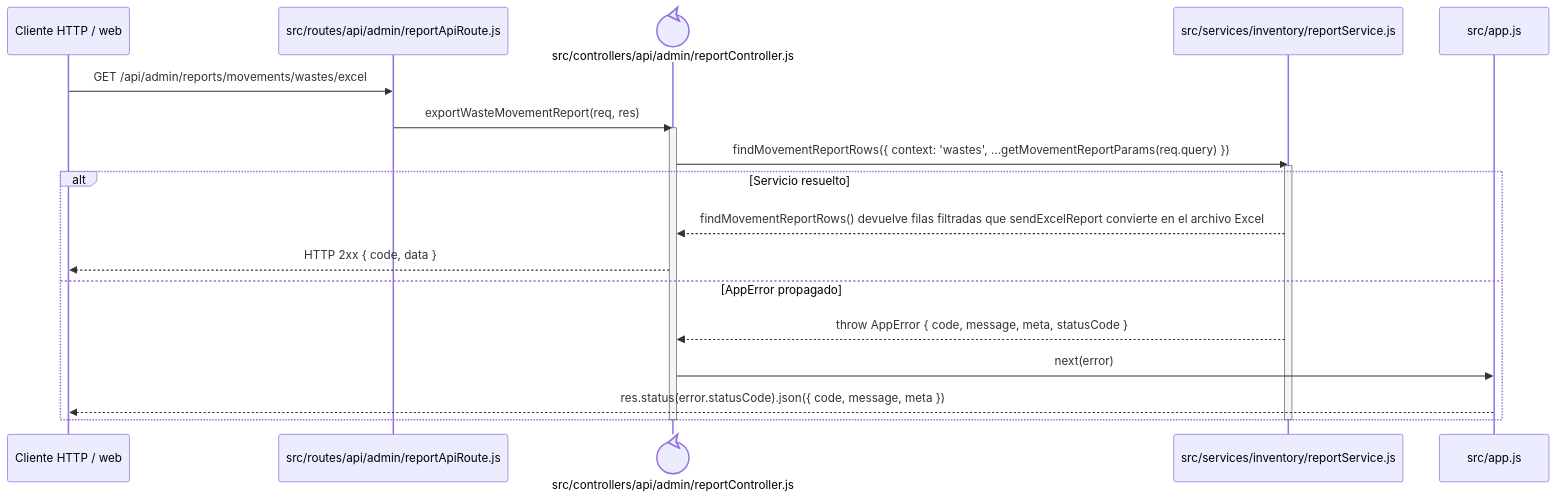
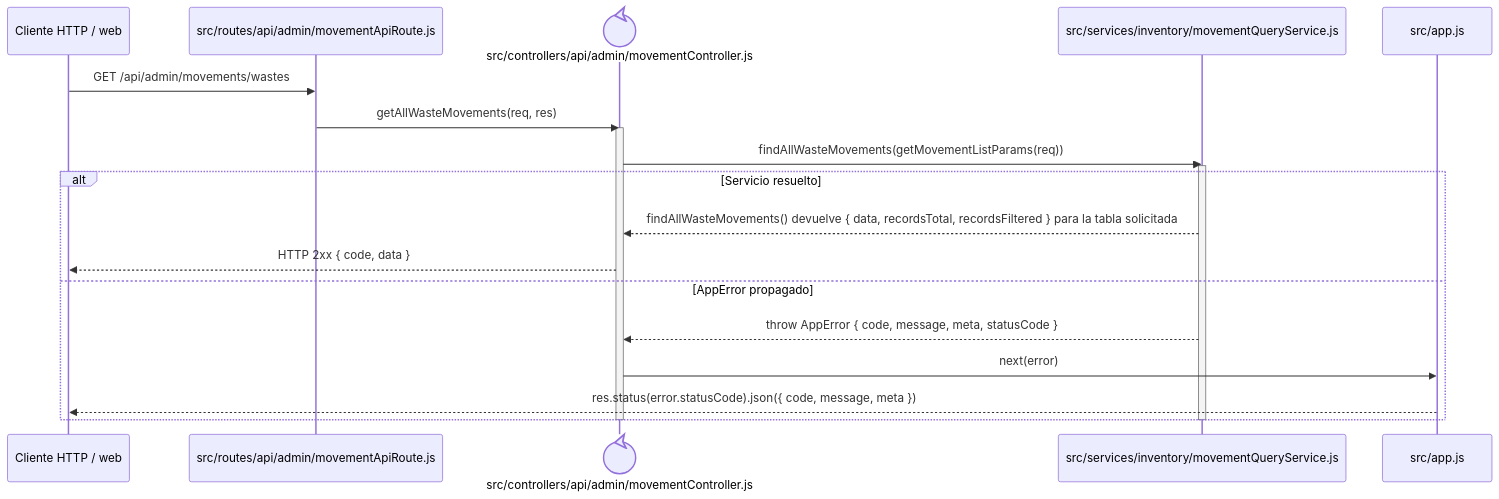
One commit to gpgsistemas01/nexus changed the diagram in docs/architecture/backend-code-sequences/catalogs/cu-alm-15.md. Above: the diagram before and after it, drawn with Mermaid. The commit also changed other lines of this file and 51 other files, not shown here.

````diff
--- a/docs/architecture/backend-code-sequences/catalogs/cu-alm-15.md
+++ b/docs/architecture/backend-code-sequences/catalogs/cu-alm-15.md
@@ -6,24 +6,24 @@
 ```mermaid
 sequenceDiagram
     participant Client as Cliente HTTP / web
-    participant Route as src/routes/api/admin/reportApiRoute.js
-    participant Controller@{ "type": "control" } as src/controllers/api/admin/reportController.js
-    participant Domain as src/services/inventory/reportService.js
+    participant Route as src/routes/api/admin/movementApiRoute.js
+    participant Controller@{ "type": "control" } as src/controllers/api/admin/movementController.js
+    participant Domain as src/services/inventory/movementQueryService.js
     participant ErrorHandler as src/app.js
 
-    Client->>Route: GET /api/admin/reports/movements/wastes/excel
-    Route->>Controller: exportWasteMovementReport(req, res)
+    Client->>Route: GET /api/admin/movements/wastes
+    Route->>Controller: getAllWasteMovements(req, res)
     activate Controller
-    Controller->>Domain: findMovementReportRows({ context: 'wastes', ...getMovementReportParams(req.query) })
+    Controller->>Domain: findAllWasteMovements(getMovementListParams(req))
     activate Domain
     alt Servicio resuelto
-        Domain-->>Controller: findMovementReportRows() devuelve filas filtradas que sendExcelReport convierte en el archivo Excel
+        Domain-->>Controller: findAllWasteMovements() devuelve { data, recordsTotal, recordsFiltered } para la tabla solicitada
         Controller-->>Client: HTTP 2xx { code, data }
     else AppError propagado
         Domain-->>Controller: throw AppError { code, message, meta, statusCode }
         Controller->>ErrorHandler: next(error)
         ErrorHandler-->>Client: res.status(error.statusCode).json({ code, message, meta })
     end
     deactivate Domain
     deactivate Controller
 ```
````
